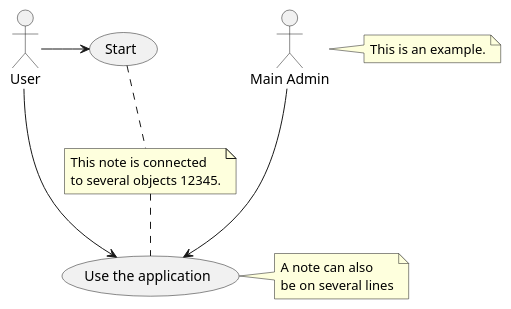
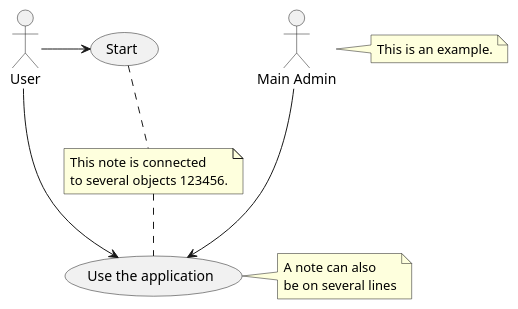
One commit to AKStratus/plantuml_diagrams changed the diagram in plant1.puml. Above: the diagram before and after it, drawn with PlantUML.

```diff
--- a/plant1.puml
+++ b/plant1.puml
@@ -1,17 +1,17 @@
 @startuml
 
     :Main Admin: as Admin
     (Use the application) as (Use)
     User -> (Start)
     User --> (Use)
     Admin ---> (Use)
     note right of Admin : This is an example.
     note right of (Use)
     A note can also
     be on several lines
     end note
-    note "This note is connected\nto several objects 12345." as N2
+    note "This note is connected\nto several objects 123456." as N2
     (Start) .. N2
     N2 .. (Use)
 
     @enduml
```
